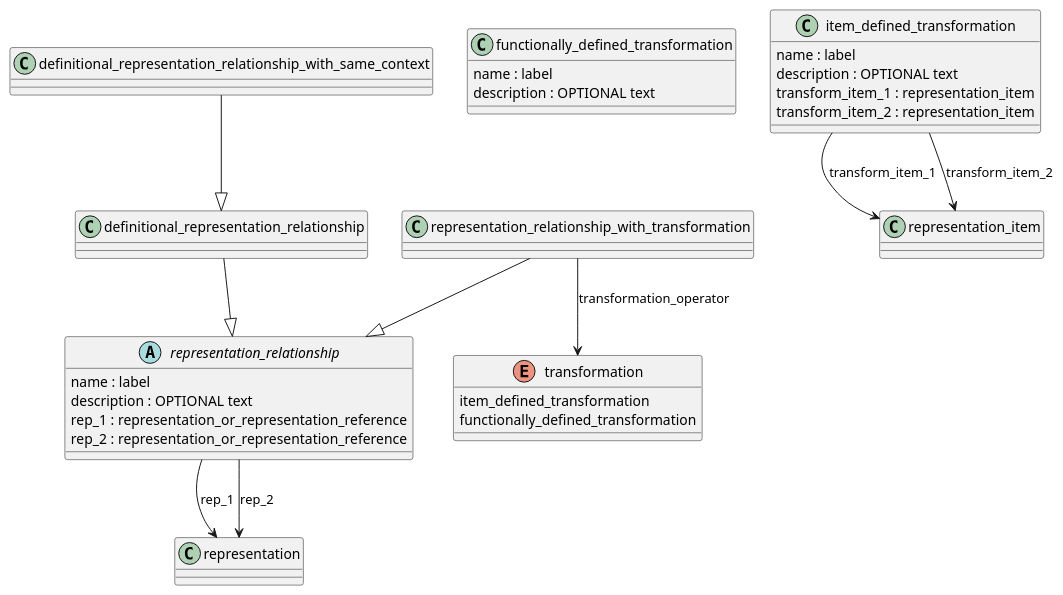
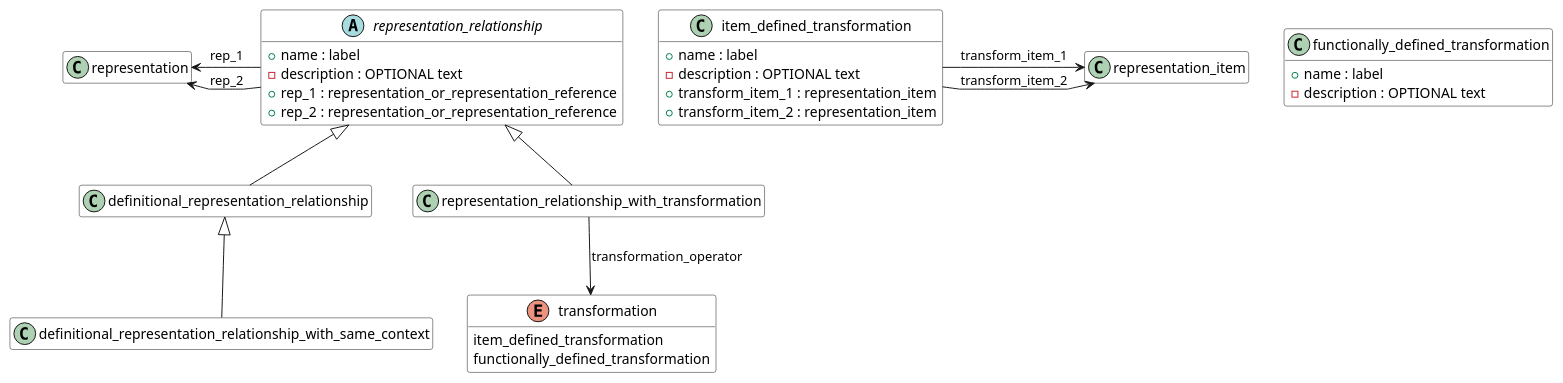
One commit to chukkaba/10303 changed the diagram in 008 Representation/source/representation_relationship.pu. Above: the diagram before and after it, drawn with PlantUML. The commit also changed 4 other files, not shown here.

```diff
--- a/008 Representation/source/representation_relationship.pu
+++ b/008 Representation/source/representation_relationship.pu
@@ -1,49 +1,64 @@
-abstract class representation_relationship {
-  name : label
-  description : OPTIONAL text
-  rep_1 : representation_or_representation_reference
-  rep_2 : representation_or_representation_reference
+@startuml representation_relationship
+
+hide empty members
+skinparam Linetype polyline
+
+abstract class representation_relationship #White {
+  +name : label
+  -description : OPTIONAL text
+  +rep_1 : representation_or_representation_reference
+  +rep_2 : representation_or_representation_reference
 }
 
-class definitional_representation_relationship {
+class definitional_representation_relationship #White {
 }
 
-class definitional_representation_relationship_with_same_context {
+class definitional_representation_relationship_with_same_context #White {
 }
 
-class functionally_defined_transformation {
-  name : label
-  description : OPTIONAL text
+class functionally_defined_transformation #White {
+  +name : label
+  -description : OPTIONAL text
 }
 
-class item_defined_transformation {
-  name : label
-  description : OPTIONAL text
-  transform_item_1 : representation_item
-  transform_item_2 : representation_item
+class item_defined_transformation #White {
+  +name : label
+  -description : OPTIONAL text
+  +transform_item_1 : representation_item
+  +transform_item_2 : representation_item
 }
 
-class representation_relationship_with_transformation {
+class representation_relationship_with_transformation #White {
   
 }
 
-enum transformation {
+class representation_item #White {
+
+}
+
+class representation #White {
+
+}
+
+enum transformation #White {
   item_defined_transformation
   functionally_defined_transformation
 }
 
 ' Связи между классами
 
-definitional_representation_relationship --|> representation_relationship
-definitional_representation_relationship_with_same_context --|> definitional_representation_relationship
-representation_relationship_with_transformation --|> representation_relationship
+definitional_representation_relationship -up-|> representation_relationship
+definitional_representation_relationship_with_same_context -up-|> definitional_representation_relationship
+representation_relationship_with_transformation -up-|> representation_relationship
 
 
-item_defined_transformation --> representation_item : transform_item_1
-item_defined_transformation --> representation_item : transform_item_2
+item_defined_transformation -right-> representation_item : transform_item_1
+item_defined_transformation -right-> representation_item : transform_item_2
 
 
-representation_relationship --> representation : rep_1
-representation_relationship --> representation : rep_2
+representation_relationship -left-> representation : rep_1
+representation_relationship -left-> representation : rep_2
 
 representation_relationship_with_transformation --> transformation : transformation_operator
+
+@enduml
```
